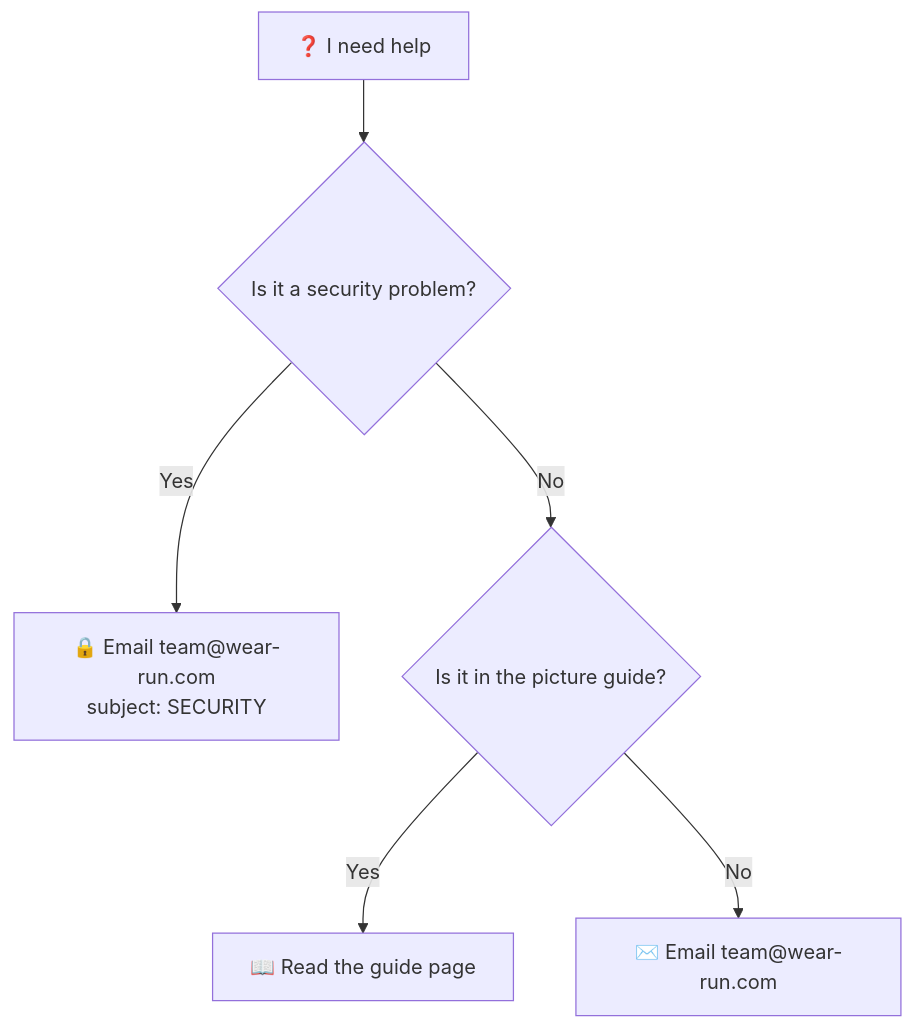
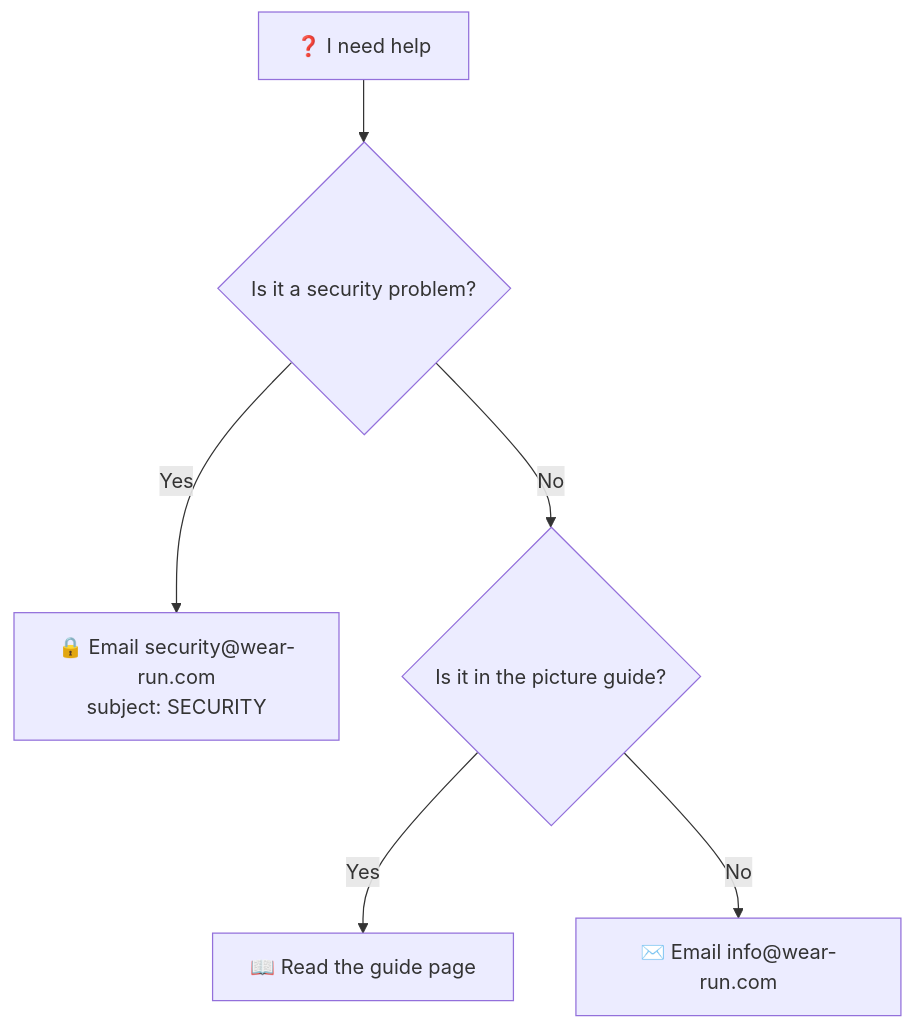
Before and after one commit to hateem2121/RUN-APPAREL-W.D: the diagram in SUPPORT.md, drawn with Mermaid. The commit also changed other lines of this file and 40 other files, not shown here.

First line of the commit message:
Website: show only aliases of team@ — inquiry@ for buyers and form messages, press@, security@ (#160)

````diff
--- a/SUPPORT.md
+++ b/SUPPORT.md
@@ -18,8 +18,8 @@
 ```mermaid
 flowchart TB
   A["❓ I need help"] --> B{"Is it a security problem?"}
-  B -- Yes --> C["🔒 Email team@wear-run.com<br/>subject: SECURITY"]
+  B -- Yes --> C["🔒 Email security@wear-run.com<br/>subject: SECURITY"]
   B -- No --> D{"Is it in the picture guide?"}
   D -- Yes --> E["📖 Read the guide page"]
-  D -- No --> F["✉️ Email team@wear-run.com"]
+  D -- No --> F["✉️ Email info@wear-run.com"]
 ```
````
